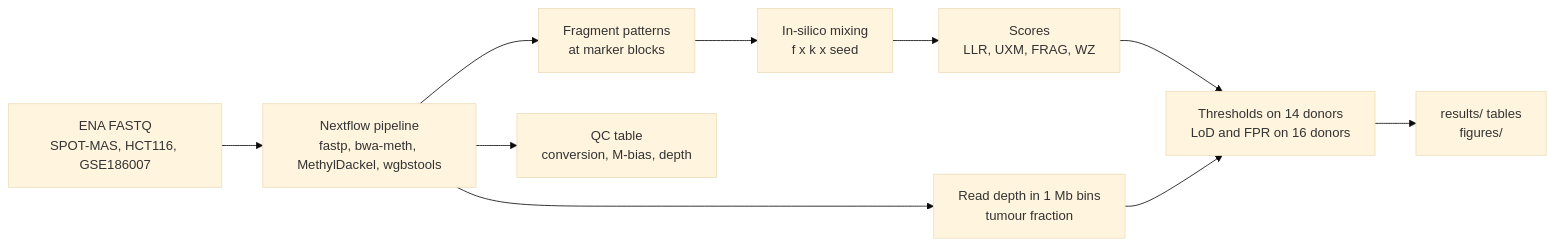
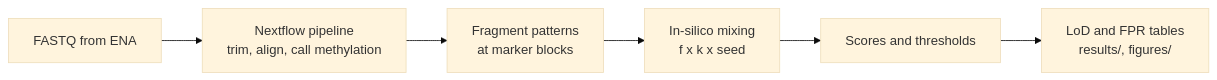
The diagram in README.md (jacob-greene/cfdna-methylation-lod), drawn with Mermaid (base theme) before and after one commit. The commit also changed other lines of this file and 3 other files, not shown here.

````diff
--- a/README.md
+++ b/README.md
@@ -101,12 +94,8 @@
 ```mermaid
 flowchart LR
-    A[ENA FASTQ<br/>SPOT-MAS, HCT116, GSE186007] --> B[Nextflow pipeline<br/>fastp, bwa-meth, MethylDackel, wgbstools]
+    A[FASTQ from ENA] --> B[Nextflow pipeline<br/>trim, align, call methylation]
     B --> C[Fragment patterns<br/>at marker blocks]
-    B --> Q[QC table<br/>conversion, M-bias, depth]
-    B --> T[Read depth in 1 Mb bins<br/>tumour fraction]
     C --> D[In-silico mixing<br/>f x k x seed]
-    D --> E[Scores<br/>LLR, UXM, FRAG, WZ]
-    E --> F[Thresholds on 14 donors<br/>LoD and FPR on 16 donors]
-    T --> F
-    F --> G[results/ tables<br/>figures/]
+    D --> E[Scores and thresholds]
+    E --> F[LoD and FPR tables<br/>results/, figures/]
 ```
````
